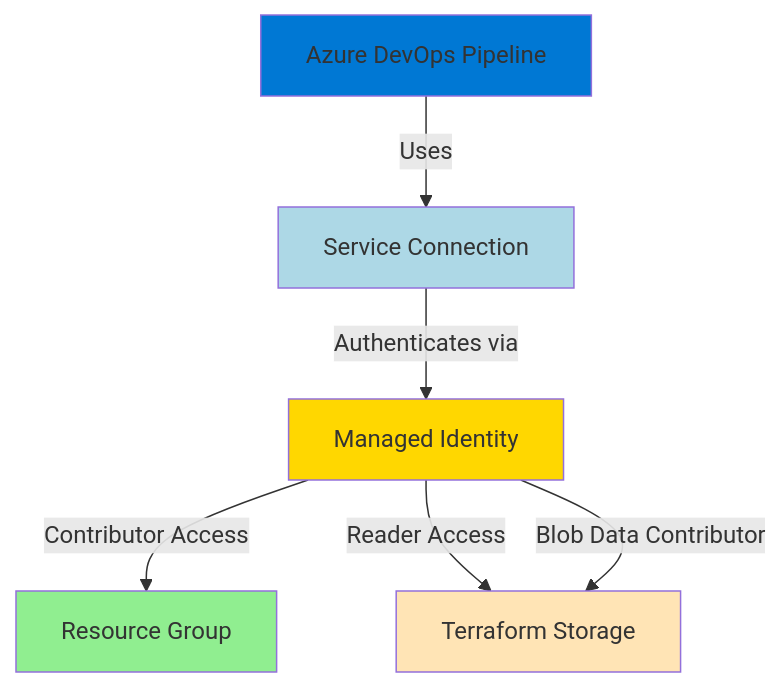
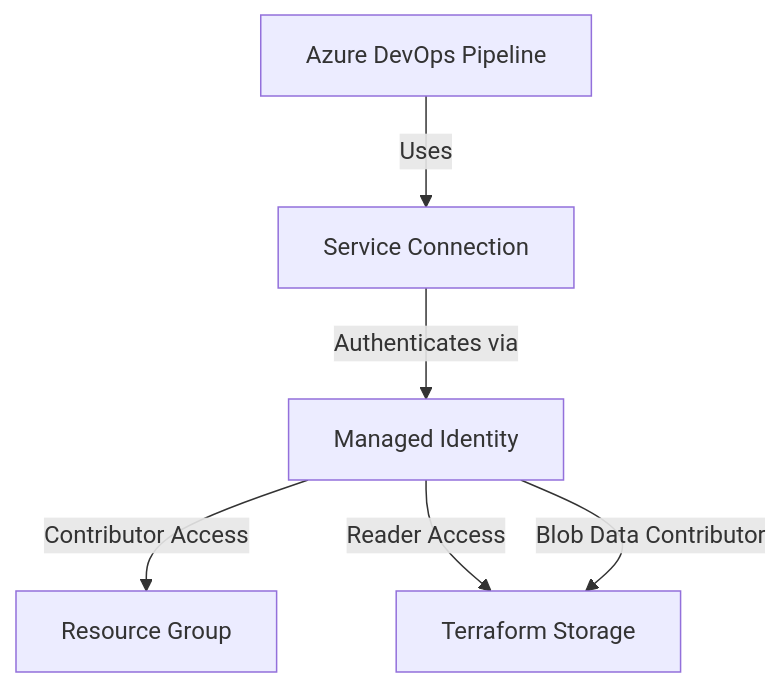
One commit to NguyenPhamCode4You/ai-home-lab-docker-compose changed the first of 11 diagrams in transcribe/Deployment-Azure-Prod.md. Above: the diagram before and after it, drawn with Mermaid. The commit also changed other lines of this file and 1 other file, not shown here.

````diff
--- a/transcribe/Deployment-Azure-Prod.md
+++ b/transcribe/Deployment-Azure-Prod.md
@@ -356,14 +59,8 @@
 ```mermaid
 graph TD
     A[Azure DevOps Pipeline] -->|Uses| B[Service Connection]
     B -->|Authenticates via| C[Managed Identity]
     C -->|Contributor Access| D[Resource Group]
     C -->|Reader Access| E[Terraform Storage]
     C -->|Blob Data Contributor| E
-
-    style A fill:#0078D4
-    style B fill:#ADD8E6
-    style C fill:#FFD700
-    style D fill:#90EE90
-    style E fill:#FFE4B5
 ```
````
